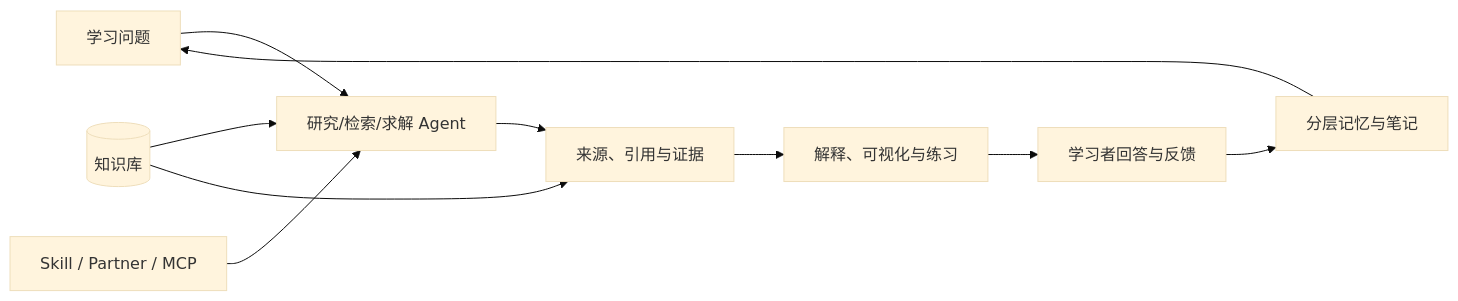
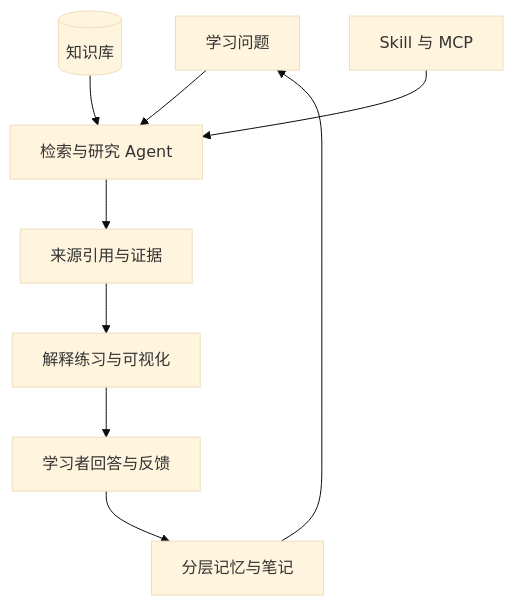
One commit to hub138/technical-knowledge changed the diagram in vault/知识库管理/归档/来源/论文与项目/DeepTutor多智能体学习伴侣.md. Above: the diagram before and after it, drawn with Mermaid (base theme). The commit also changed other lines of this file and 622 other files, not shown here.

````diff
--- a/vault/知识库管理/归档/来源/论文与项目/DeepTutor多智能体学习伴侣.md
+++ b/vault/知识库管理/归档/来源/论文与项目/DeepTutor多智能体学习伴侣.md
@@ -33,12 +33,11 @@
 ```mermaid
-flowchart LR
-    Q[学习问题] --> R[研究/检索/求解 Agent]
-    R --> E[来源、引用与证据]
-    E --> X[解释、可视化与练习]
+flowchart TD
+    Q[学习问题] --> R[检索与研究 Agent]
+    K[(知识库)] --> R
+    S[Skill 与 MCP] --> R
+    R --> E[来源引用与证据]
+    E --> X[解释练习与可视化]
     X --> T[学习者回答与反馈]
     T --> M[分层记忆与笔记]
     M --> Q
-    K[(知识库)] --> R
-    K --> E
-    S[Skill / Partner / MCP] --> R
 ```
````
